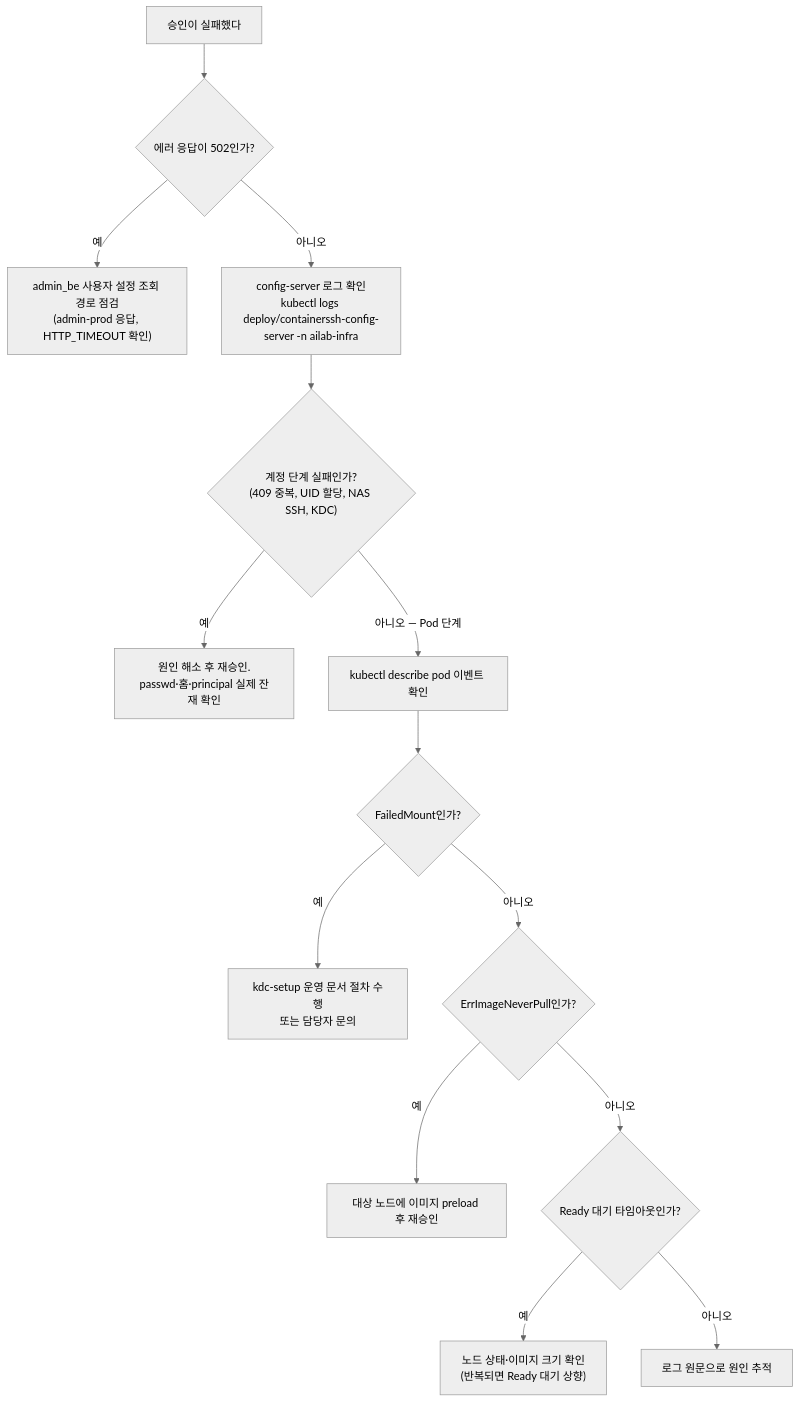
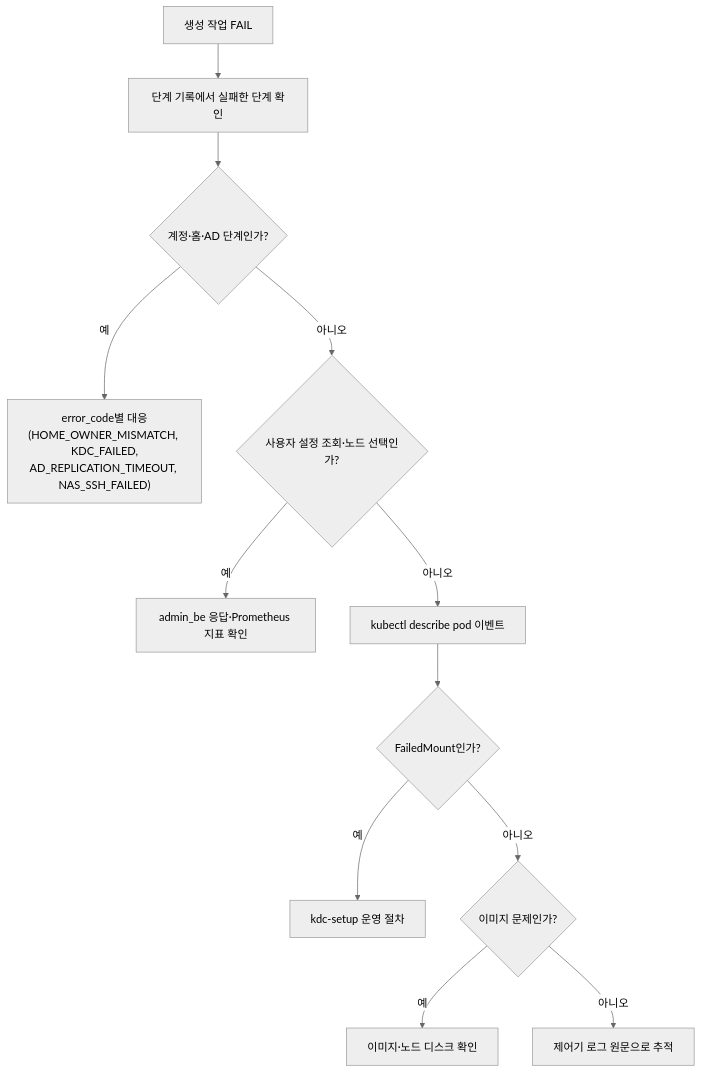
One commit to CSID-DGU/admin_wiki changed the first of 2 diagrams in md/infra/operations/운영-매뉴얼.md. Above: the diagram before and after it, drawn with Mermaid (neutral theme). The commit also changed other lines of this file and 12 other files, not shown here.

First line of the commit message:
docs: infra 문서 13개를 현재 config-server 코드(v3.3.71) 기준으로 고침 (#39)

````diff
--- a/md/infra/operations/운영-매뉴얼.md
+++ b/md/infra/operations/운영-매뉴얼.md
@@ -559,16 +446,14 @@
 ```mermaid
 flowchart TD
-    A["승인이 실패했다"] --> B{"에러 응답이 502인가?"}
-    B -->|"예"| C["admin_be 사용자 설정 조회 경로 점검<br/>(admin-prod 응답, HTTP_TIMEOUT 확인)"]
-    B -->|"아니오"| D["config-server 로그 확인<br/>kubectl logs deploy/containerssh-config-server -n ailab-infra"]
-    D --> E{"계정 단계 실패인가?<br/>(409 중복, UID 할당, NAS SSH, KDC)"}
-    E -->|"예"| F["원인 해소 후 재승인.<br/>passwd·홈·principal 실제 잔재 확인"]
-    E -->|"아니오 — Pod 단계"| G["kubectl describe pod 이벤트 확인"]
+    A["생성 작업 FAIL"] --> B["단계 기록에서 실패한 단계 확인"]
+    B --> C{"계정·홈·AD 단계인가?"}
+    C -->|"예"| D["error_code별 대응<br/>(HOME_OWNER_MISMATCH, KDC_FAILED,<br/>AD_REPLICATION_TIMEOUT, NAS_SSH_FAILED)"]
+    C -->|"아니오"| E{"사용자 설정 조회·노드 선택인가?"}
+    E -->|"예"| F["admin_be 응답·Prometheus 지표 확인"]
+    E -->|"아니오"| G["kubectl describe pod 이벤트"]
     G --> H{"FailedMount인가?"}
-    H -->|"예"| I["kdc-setup 운영 문서 절차 수행<br/>또는 담당자 문의"]
-    H -->|"아니오"| J{"ErrImageNeverPull인가?"}
-    J -->|"예"| K["대상 노드에 이미지 preload 후 재승인"]
-    J -->|"아니오"| L{"Ready 대기 타임아웃인가?"}
-    L -->|"예"| M["노드 상태·이미지 크기 확인<br/>(반복되면 Ready 대기 상향)"]
-    L -->|"아니오"| N["로그 원문으로 원인 추적"]
+    H -->|"예"| I["kdc-setup 운영 절차"]
+    H -->|"아니오"| J{"이미지 문제인가?"}
+    J -->|"예"| K["이미지·노드 디스크 확인"]
+    J -->|"아니오"| L["제어기 로그 원문으로 추적"]
 ```
````
